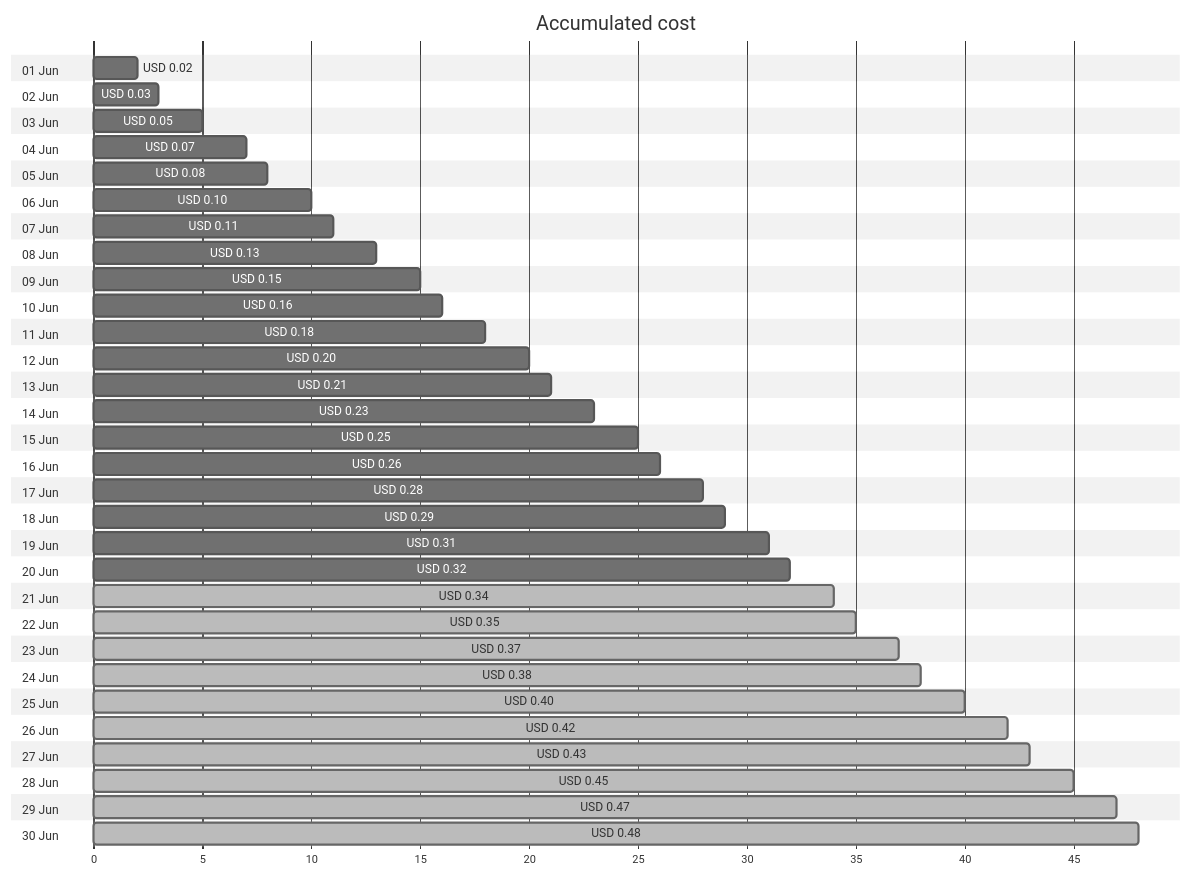
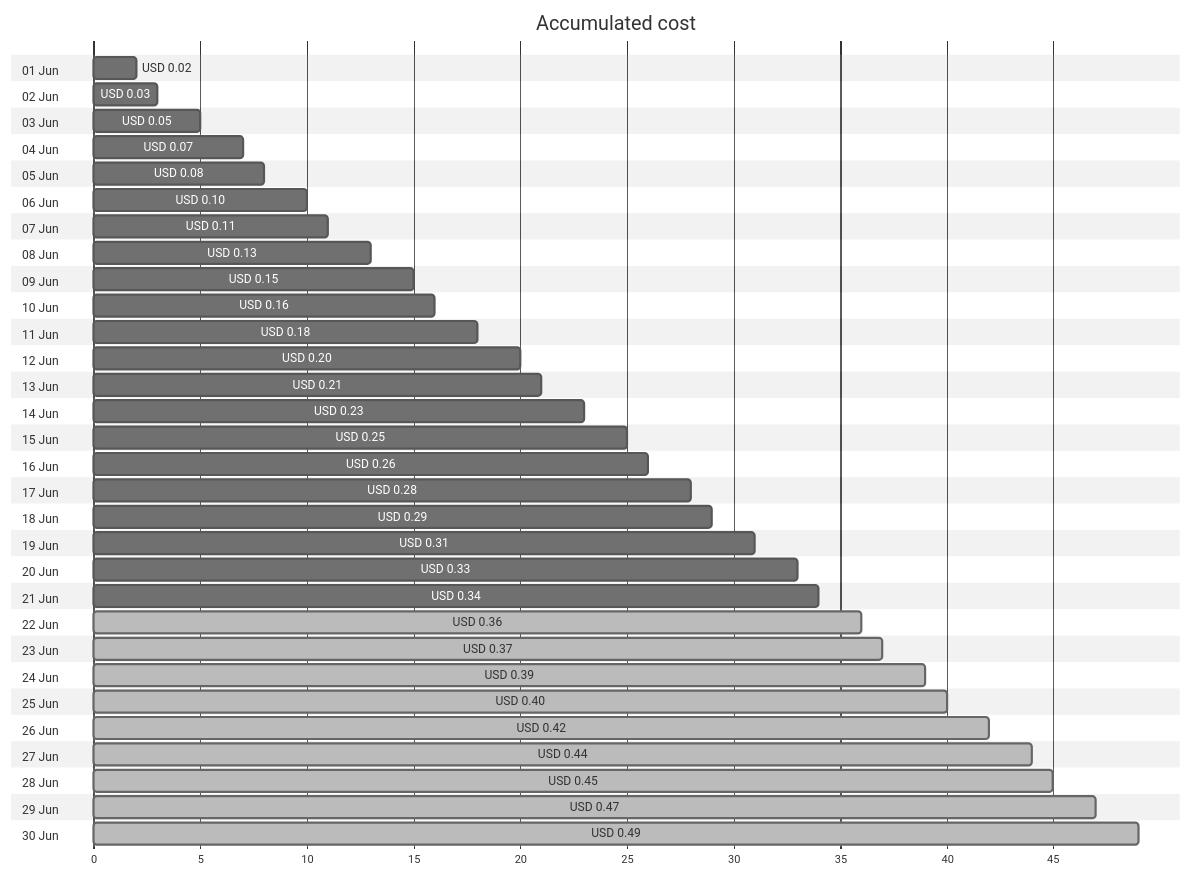
One commit to jpfulton/azure-personal-reports changed the first of 4 diagrams in cost-reports/personal-dns/jpatrickfulton.com.md. Above: the diagram before and after it, drawn with Mermaid (neutral theme). The commit also changed other lines of this file and 2 other files, not shown here.

````diff
--- a/cost-reports/personal-dns/jpatrickfulton.com.md
+++ b/cost-reports/personal-dns/jpatrickfulton.com.md
@@ -20,66 +20,66 @@
 ```mermaid
 gantt
    title Accumulated cost
    dateFormat  X
    axisFormat %s
    section 01 Jun
    USD 0.02 :0, 2
    section 02 Jun
    USD 0.03 :0, 3
    section 03 Jun
    USD 0.05 :0, 5
    section 04 Jun
    USD 0.07 :0, 7
    section 05 Jun
    USD 0.08 :0, 8
    section 06 Jun
    USD 0.10 :0, 10
    section 07 Jun
    USD 0.11 :0, 11
    section 08 Jun
    USD 0.13 :0, 13
    section 09 Jun
    USD 0.15 :0, 15
    section 10 Jun
    USD 0.16 :0, 16
    section 11 Jun
    USD 0.18 :0, 18
    section 12 Jun
    USD 0.20 :0, 20
    section 13 Jun
    USD 0.21 :0, 21
    section 14 Jun
    USD 0.23 :0, 23
    section 15 Jun
    USD 0.25 :0, 25
    section 16 Jun
    USD 0.26 :0, 26
    section 17 Jun
    USD 0.28 :0, 28
    section 18 Jun
    USD 0.29 :0, 29
    section 19 Jun
    USD 0.31 :0, 31
    section 20 Jun
-   USD 0.32 :0, 32
+   USD 0.33 :0, 33
    section 21 Jun
-   USD 0.34 : done, 0, 34
+   USD 0.34 :0, 34
    section 22 Jun
-   USD 0.35 : done, 0, 35
+   USD 0.36 : done, 0, 36
    section 23 Jun
    USD 0.37 : done, 0, 37
    section 24 Jun
-   USD 0.38 : done, 0, 38
+   USD 0.39 : done, 0, 39
    section 25 Jun
    USD 0.40 : done, 0, 40
    section 26 Jun
    USD 0.42 : done, 0, 42
    section 27 Jun
-   USD 0.43 : done, 0, 43
+   USD 0.44 : done, 0, 44
    section 28 Jun
    USD 0.45 : done, 0, 45
    section 29 Jun
    USD 0.47 : done, 0, 47
    section 30 Jun
-   USD 0.48 : done, 0, 48
+   USD 0.49 : done, 0, 49
 ```
````
